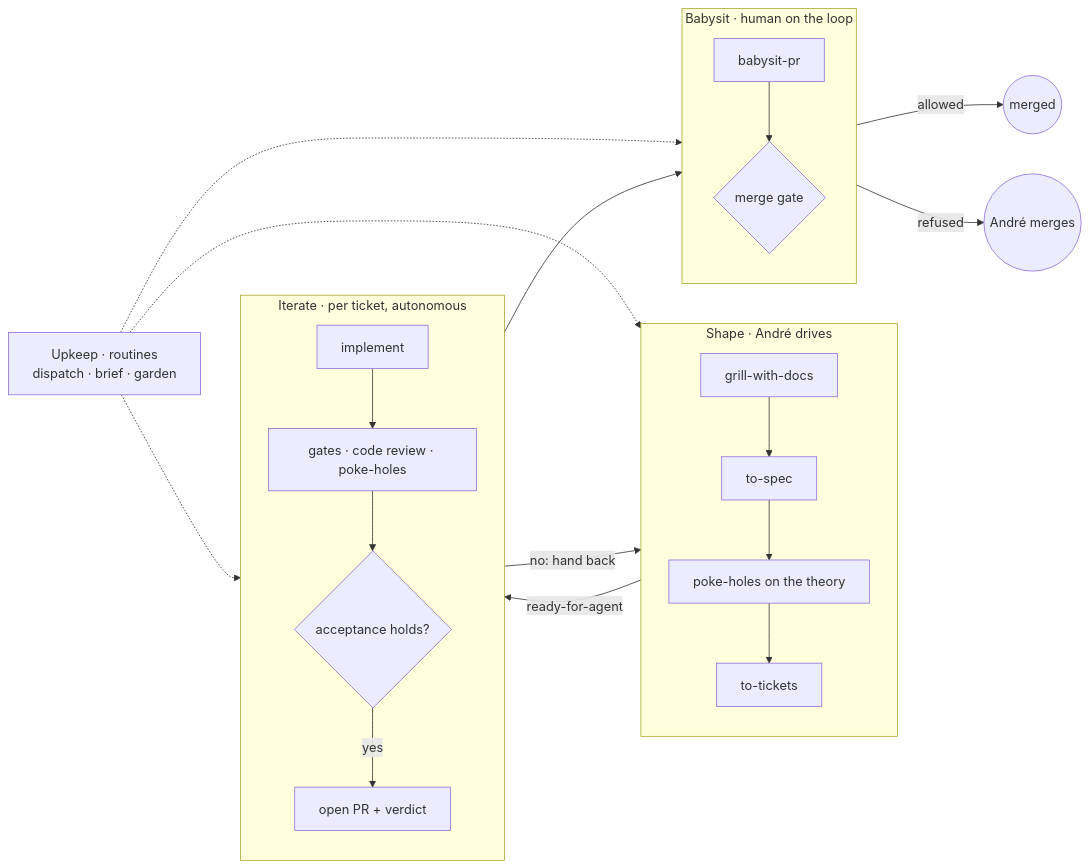
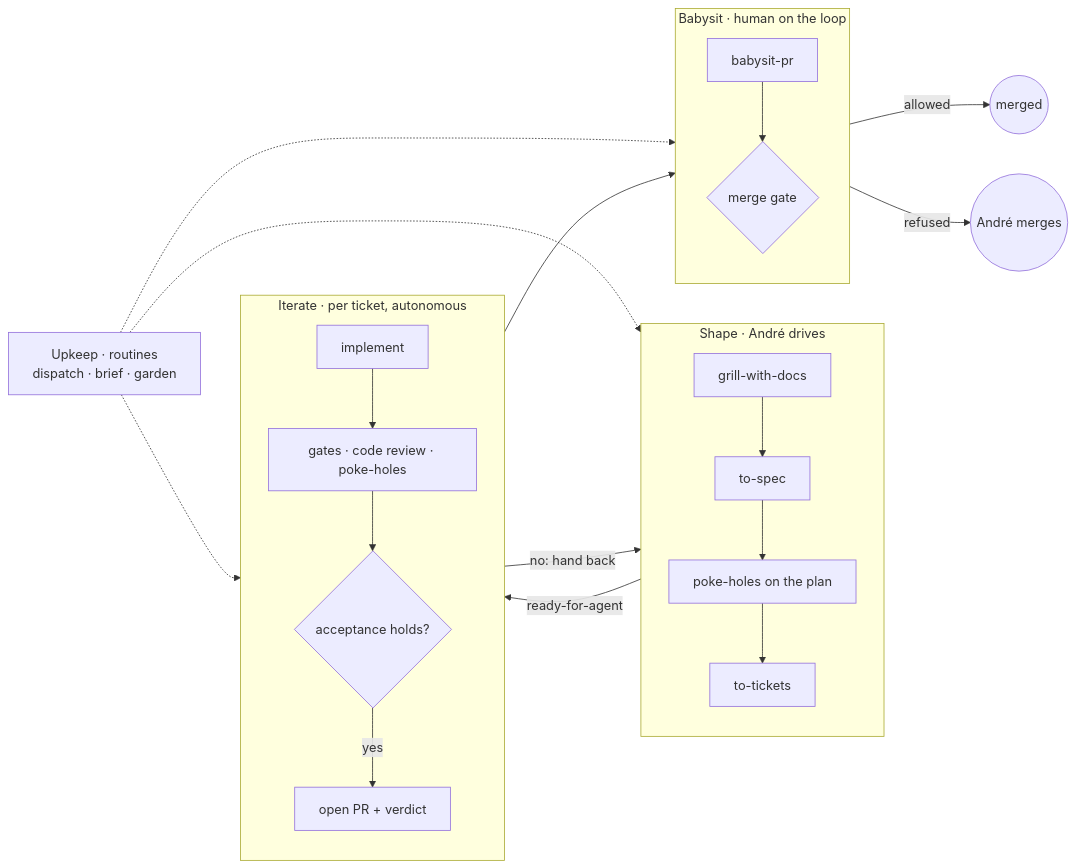
One commit to andrezzoid/config changed the first of 3 diagrams in docs/factory/DESIGN.md. Above: the diagram before and after it, drawn with Mermaid. The commit also changed other lines of this file and 3 other files, not shown here.

First line of the commit message:
Build acceptance tests first, and poke holes in a plan, then its solution

````diff
--- a/docs/factory/DESIGN.md
+++ b/docs/factory/DESIGN.md
@@ -12,24 +12,24 @@
 ```mermaid
 flowchart LR
   subgraph Shape["Shape · André drives"]
     direction TB
-    G[grill-with-docs] --> S[to-spec] --> P1[poke-holes on the theory] --> T[to-tickets]
+    G[grill-with-docs] --> S[to-spec] --> P1[poke-holes on the plan] --> T[to-tickets]
   end
   subgraph Iterate["Iterate · per ticket, autonomous"]
     direction TB
     I[implement] --> V[gates · code review · poke-holes] --> D{acceptance holds?}
     D -- yes --> PR[open PR + verdict]
   end
   subgraph Babysit["Babysit · human on the loop"]
     direction TB
     B[babysit-pr] --> M{merge gate}
   end
   Shape -- "ready-for-agent" --> Iterate
   D -- "no: hand back" --> Shape
   PR --> Babysit
   M -- "allowed" --> Merged((merged))
   M -- "refused" --> Human((André merges))
   Upkeep["Upkeep · routines<br/>dispatch · brief · garden"] -.-> Shape
   Upkeep -.-> Iterate
   Upkeep -.-> Babysit
 ```
````
